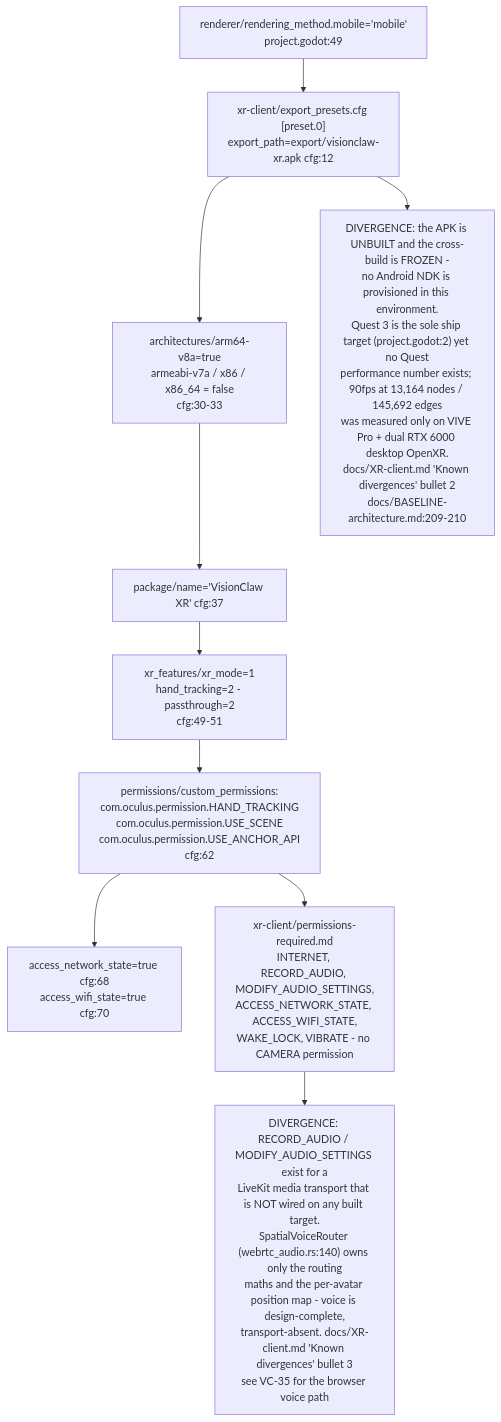
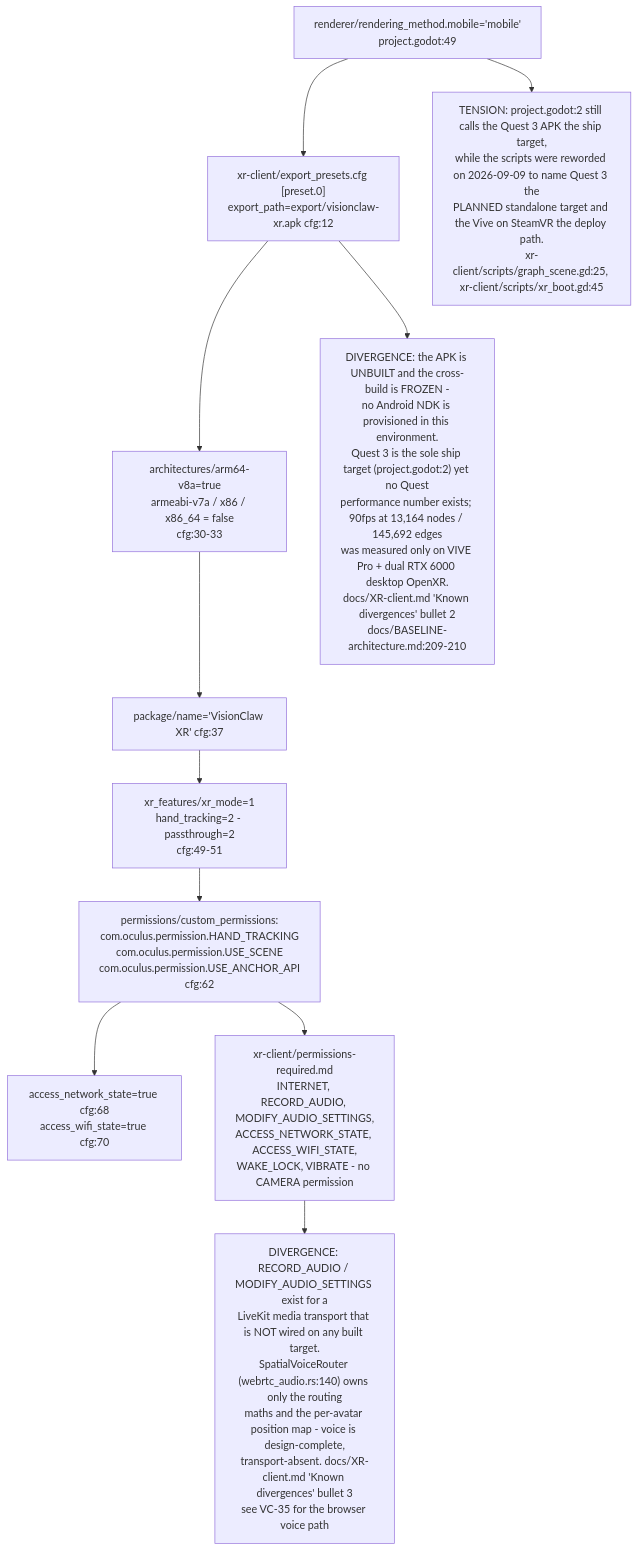
Diagram 17 of 24 in docs/diagrams/visionclaw/36-godot-xr-client.md (DreamLab-AI/VisionFlow), drawn with Mermaid before and after one commit. The commit also changed other lines of this file and 32 other files, not shown here.

````diff
--- a/docs/diagrams/visionclaw/36-godot-xr-client.md
+++ b/docs/diagrams/visionclaw/36-godot-xr-client.md
@@ -765,18 +788,20 @@
 ```mermaid
 flowchart TB
     EP["xr-client/export_presets.cfg [preset.0]<br/>export_path=export/visionclaw-xr.apk cfg:12"]
     AR["architectures/arm64-v8a=true<br/>armeabi-v7a / x86 / x86_64 = false<br/>cfg:30-33"]
     PK["package/name='VisionClaw XR' cfg:37"]
     XF["xr_features/xr_mode=1<br/>hand_tracking=2 - passthrough=2<br/>cfg:49-51"]
     CP["permissions/custom_permissions:<br/>com.oculus.permission.HAND_TRACKING<br/>com.oculus.permission.USE_SCENE<br/>com.oculus.permission.USE_ANCHOR_API<br/>cfg:62"]
     NP["access_network_state=true cfg:68<br/>access_wifi_state=true cfg:70"]
     PD["xr-client/permissions-required.md<br/>INTERNET, RECORD_AUDIO, MODIFY_AUDIO_SETTINGS,<br/>ACCESS_NETWORK_STATE, ACCESS_WIFI_STATE,<br/>WAKE_LOCK, VIBRATE - no CAMERA permission"]
     RM["renderer/rendering_method.mobile='mobile'<br/>project.godot:49"]
     EP --> AR --> PK --> XF --> CP --> NP
     CP --> PD
     RM --> EP
     EP --> D1
+    RM --> D3
+    D3["TENSION: project.godot:2 still calls the Quest 3 APK the ship target,<br/>while the scripts were reworded on 2026-09-09 to name Quest 3 the<br/>PLANNED standalone target and the Vive on SteamVR the deploy path.<br/>xr-client/scripts/graph_scene.gd:25, xr-client/scripts/xr_boot.gd:45"]
     D1["DIVERGENCE: the APK is UNBUILT and the cross-build is FROZEN -<br/>no Android NDK is provisioned in this environment.<br/>Quest 3 is the sole ship target (project.godot:2) yet no Quest<br/>performance number exists; 90fps at 13,164 nodes / 145,692 edges<br/>was measured only on VIVE Pro + dual RTX 6000 desktop OpenXR.<br/>docs/XR-client.md 'Known divergences' bullet 2<br/>docs/BASELINE-architecture.md:209-210"]
     PD --> D2
     D2["DIVERGENCE: RECORD_AUDIO / MODIFY_AUDIO_SETTINGS exist for a<br/>LiveKit media transport that is NOT wired on any built target.<br/>SpatialVoiceRouter (webrtc_audio.rs:140) owns only the routing<br/>maths and the per-avatar position map - voice is design-complete,<br/>transport-absent. docs/XR-client.md 'Known divergences' bullet 3<br/>see VC-35 for the browser voice path"]
 ```
````
